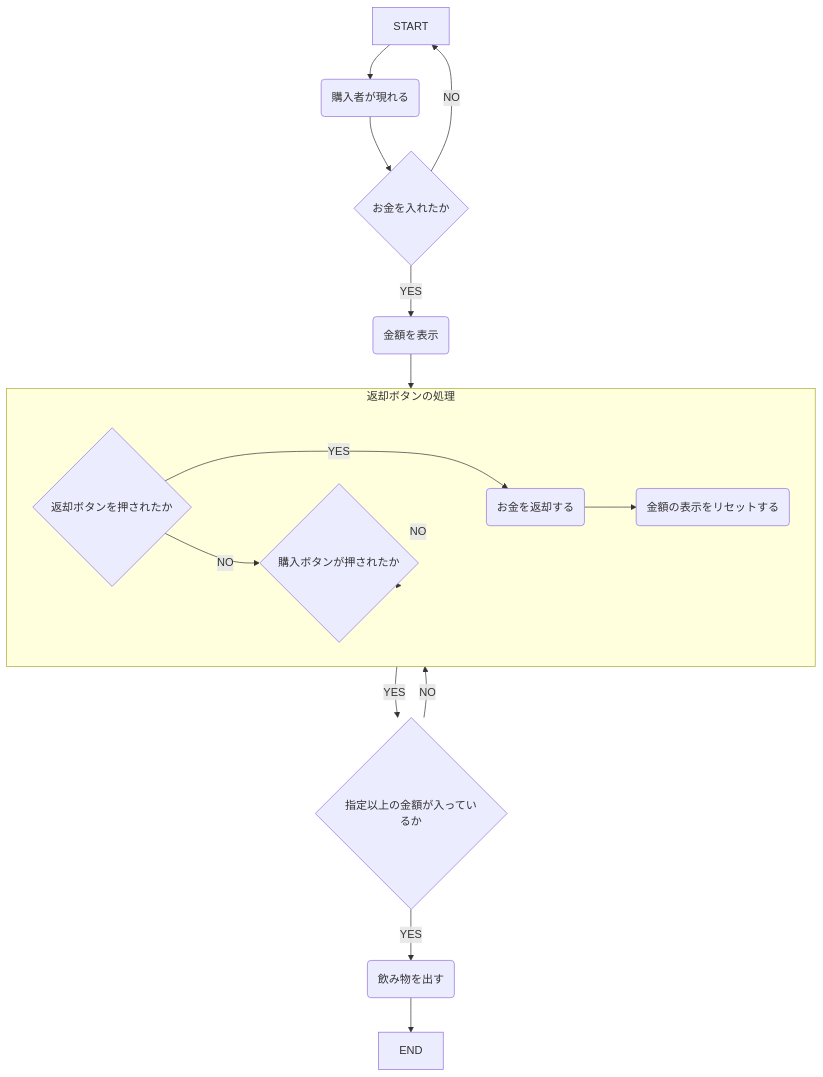
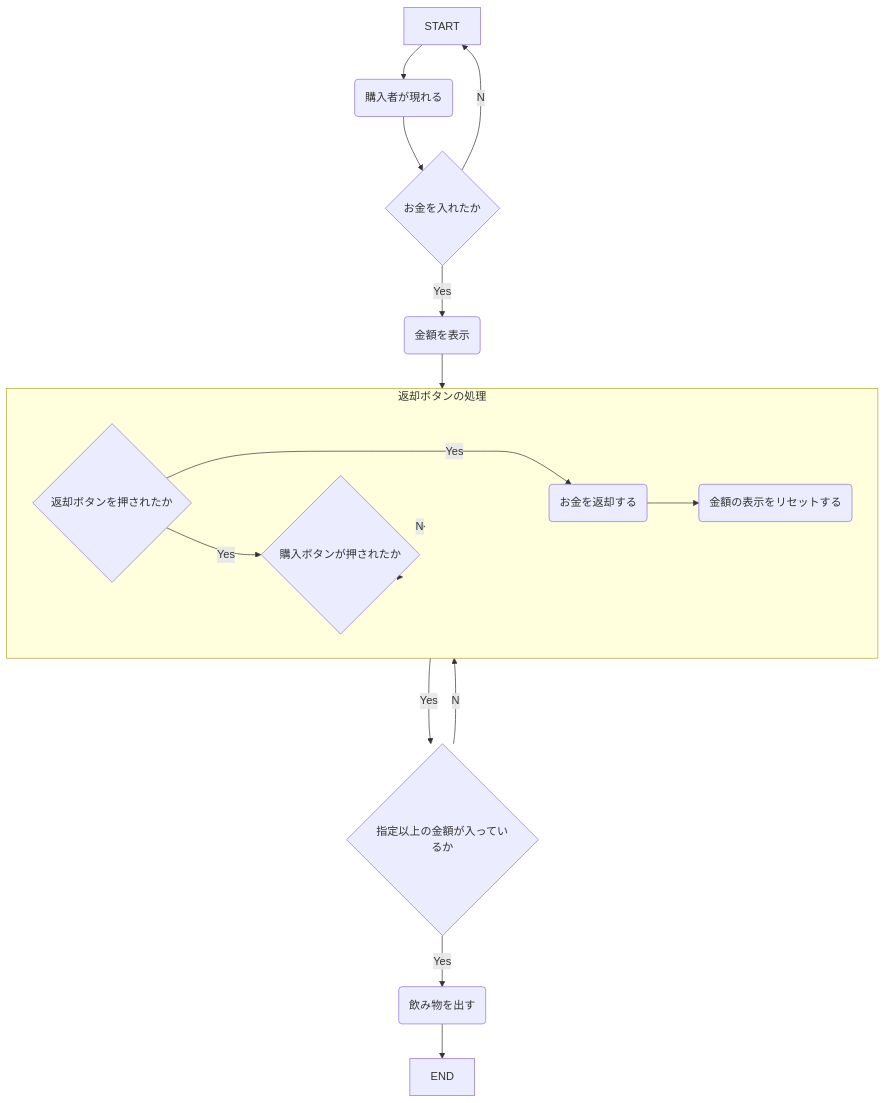
One commit to tpu-game-2022/mermaid_test changed the diagram in README.md. Above: the diagram before and after it, drawn with Mermaid.

Commit message:
フローチャートを変更した

````diff
--- a/README.md
+++ b/README.md
@@ -20,19 +20,19 @@
 ```mermaid
 flowchart TB
   START-->A(購入者が現れる)
   A(購入者が現れる)-->B{お金を入れたか}
-  B-->|"YES"|C(金額を表示)
-  B-->|"NO"|START
+  B--Yes-->C(金額を表示)
+  B--No-->START
   C-->返却ボタンの処理-->E{購入ボタンが押されたか}
-  E{購入ボタンが押されたか}-->|"YES"|F{指定以上の金額が入っているか}
-  E-->|"NO"|返却ボタンの処理
-  F-->|"YES"|G(飲み物を出す)
-  F-->|"NO"|返却ボタンの処理
+  E{購入ボタンが押されたか}--Yes-->F{指定以上の金額が入っているか}
+  E--No-->返却ボタンの処理
+  F--Yes-->G(飲み物を出す)
+  F--No-->返却ボタンの処理
   G-->END
  　subgraph 返却ボタンの処理
     direction LR
-    D1{返却ボタンを押されたか}-->|"YES"|D2(お金を返却する)
-    D1-->|"NO"|E
+    D1{返却ボタンを押されたか}--Yes-->D2(お金を返却する)
+    D1--Yes-->E
     D2-->D3(金額の表示をリセットする)
   end
 ```
````
